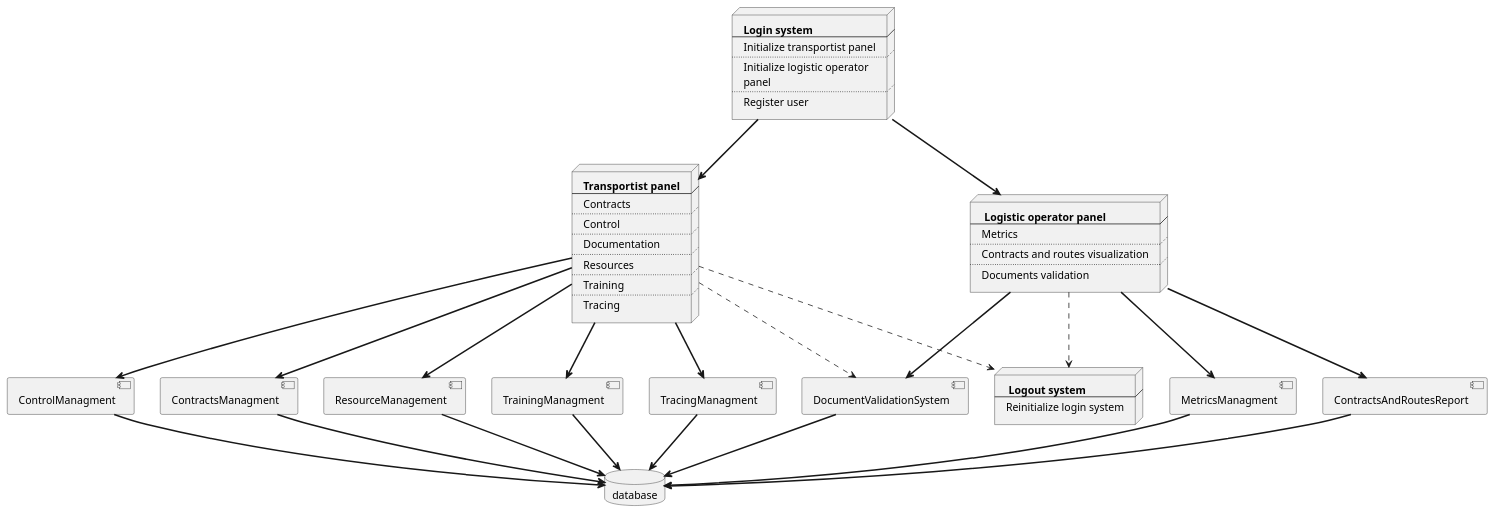
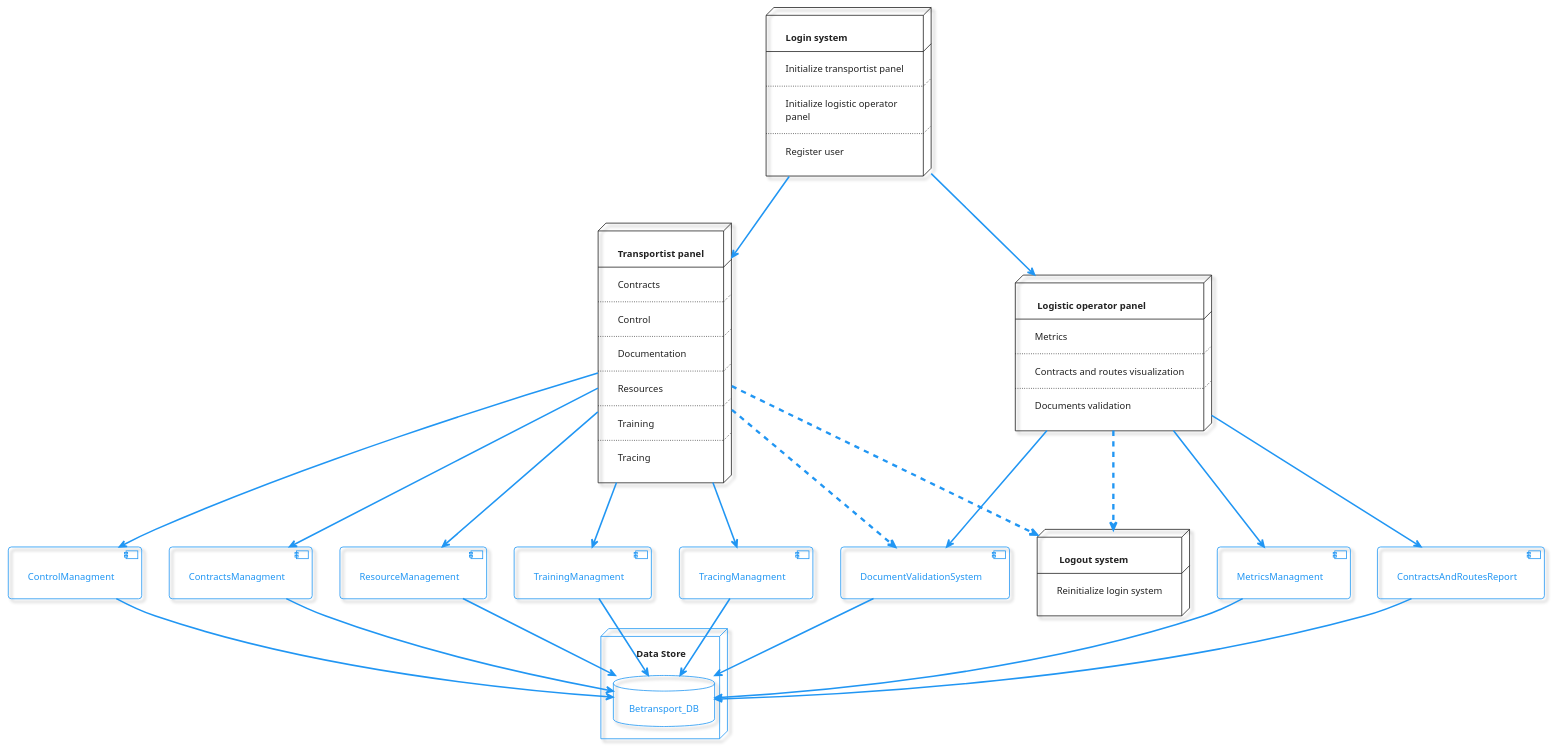
One commit to ubomagisterinformatica/carrier_assignment_system changed the diagram in diagrams/deployment/deployment.plantuml. Above: the diagram before and after it, drawn with PlantUML. The commit also changed 16 other files, not shown here.

Commit message:
"diagramas folder was renamed to "diagrams"

```diff
--- a/diagrams/deployment/deployment.plantuml
+++ b/diagrams/deployment/deployment.plantuml
@@ -1,83 +1,87 @@
 @startuml deployment
+    !theme materia-outline
     component ControlManagment
     component ContractsManagment
     component ContractsAndRoutesReport
     component DocumentValidationSystem
     component ResourceManagement
     component MetricsManagment
     component TrainingManagment
     component TracingManagment
 
-    database database
+    node "Data Store" {
+        database "Betransport_DB" {
+        }
+    }
 
     node LoginSystem [
         <b>Login system
         ----
         Initialize transportist panel
         ....
         Initialize logistic operator
         panel
         ....
         Register user       
     ]
 
     node TransportistPanel [
         <b>Transportist panel
         ----
         Contracts
         ....
         Control
         ....
         Documentation
         ....
         Resources
         ....
         Training
         ....
         Tracing
     ]
 
     node LogisticOperatorPanel [
         <b> Logistic operator panel
         ----
         Metrics
         ....
         Contracts and routes visualization
         ....
         Documents validation
     ]
 
     node LogoutSystem [
         <b> Logout system
         ----
         Reinitialize login system
     ]
 
    
     LoginSystem -[bold]-> TransportistPanel
     LoginSystem  -[bold]-> LogisticOperatorPanel
 
     LogisticOperatorPanel -[dashed]-> LogoutSystem
     LogisticOperatorPanel -[bold]-> ContractsAndRoutesReport
     LogisticOperatorPanel -[bold]-> DocumentValidationSystem
     LogisticOperatorPanel -[bold]-> MetricsManagment
 
     TransportistPanel-[bold]->ControlManagment
     TransportistPanel-[bold]->ContractsManagment
     TransportistPanel-[bold]->TrainingManagment
     TransportistPanel-[bold]->TracingManagment
     TransportistPanel-[dashed]->LogoutSystem
     TransportistPanel-[dashed]->DocumentValidationSystem
     TransportistPanel-[bold]->ResourceManagement
 
-    ControlManagment -[bold]->database
-    ContractsManagment -[bold]->database
-    ContractsAndRoutesReport -[bold]->database
-    DocumentValidationSystem -[bold]->database
-    MetricsManagment -[bold]->database
-    ResourceManagement -[bold]->database
-    TracingManagment -[bold]->database
-    TrainingManagment -[bold]->database
+    ControlManagment -[bold]->Betransport_DB
+    ContractsManagment -[bold]->Betransport_DB
+    ContractsAndRoutesReport -[bold]->Betransport_DB
+    DocumentValidationSystem -[bold]->Betransport_DB
+    MetricsManagment -[bold]->Betransport_DB
+    ResourceManagement -[bold]->Betransport_DB
+    TracingManagment -[bold]->Betransport_DB
+    TrainingManagment -[bold]->Betransport_DB
 
 
 @enduml
```
